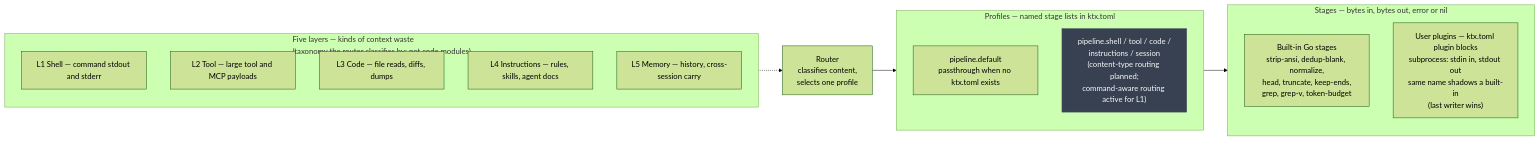
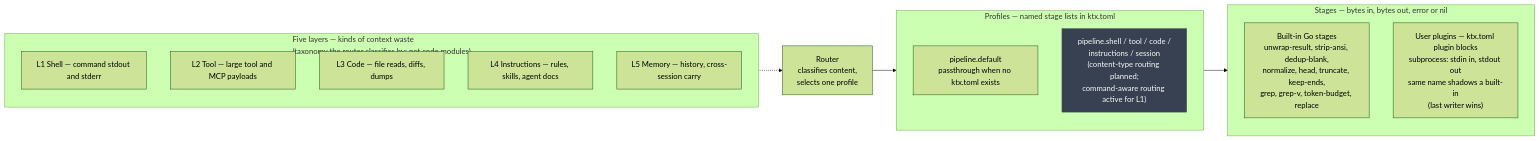
One commit to jgabor/ktx changed the second of 2 diagrams in ARCHITECTURE.md. Above: the diagram before and after it, drawn with Mermaid (forest theme). The commit also changed 8 other files, not shown here.

````diff
--- a/ARCHITECTURE.md
+++ b/ARCHITECTURE.md
@@ -85,29 +85,29 @@
 ```mermaid
 flowchart LR
   subgraph layers["Five layers — kinds of context waste<br/>(taxonomy the router classifies by; not code modules)"]
     L1["L1 Shell — command stdout and stderr"]
     L2["L2 Tool — large tool and MCP payloads"]
     L3["L3 Code — file reads, diffs, dumps"]
     L4["L4 Instructions — rules, skills, agent docs"]
     L5["L5 Memory — history, cross-session carry"]
   end
 
   C["Router<br/>classifies content,<br/>selects one profile"]
 
   subgraph profiles["Profiles — named stage lists in ktx.toml"]
     P0["pipeline.default<br/>passthrough when no ktx.toml exists"]
     PX["pipeline.shell / tool / code /<br/>instructions / session<br/>(content-type routing planned;<br/>command-aware routing active for L1)"]
   end
 
   subgraph stages["Stages — bytes in, bytes out, error or nil"]
-    B["Built-in Go stages<br/>strip-ansi, dedup-blank, normalize,<br/>head, truncate, keep-ends,<br/>grep, grep-v, token-budget"]
+    B["Built-in Go stages<br/>unwrap-result, strip-ansi, dedup-blank,<br/>normalize, head, truncate, keep-ends,<br/>grep, grep-v, token-budget, replace"]
     U["User plugins — ktx.toml plugin blocks<br/>subprocess: stdin in, stdout out<br/>same name shadows a built-in<br/>(last writer wins)"]
   end
 
   layers -.-> C
   C --> profiles
   profiles --> stages
 
   classDef planned fill:#374151,color:#f9fafb,stroke:#4b5563
   class PX planned
 ```
````
